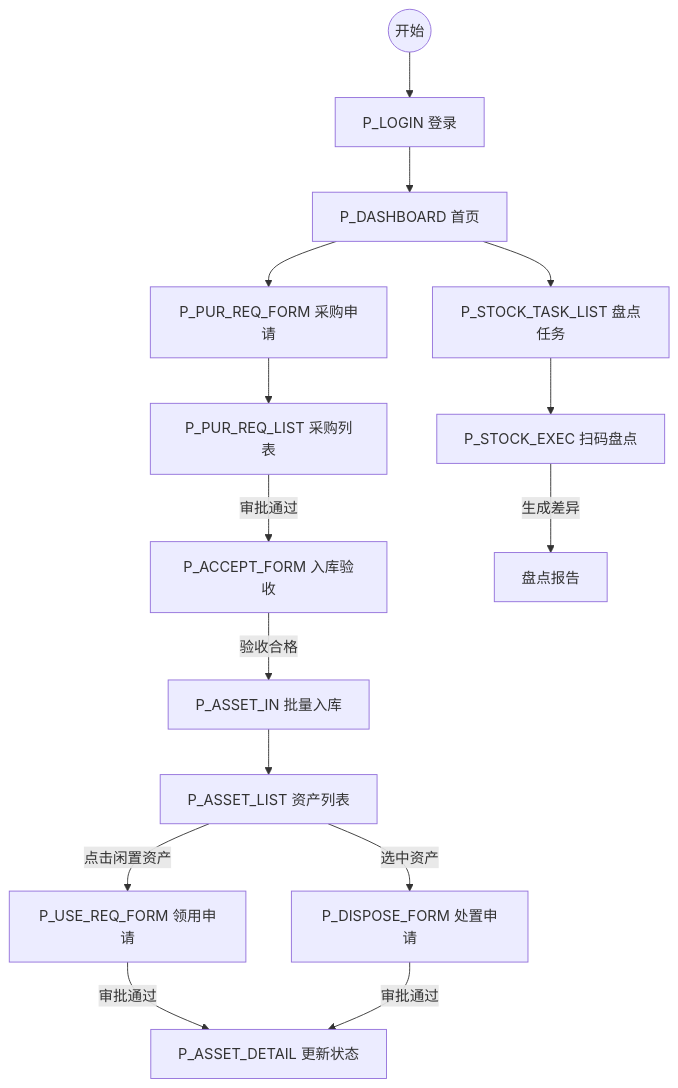
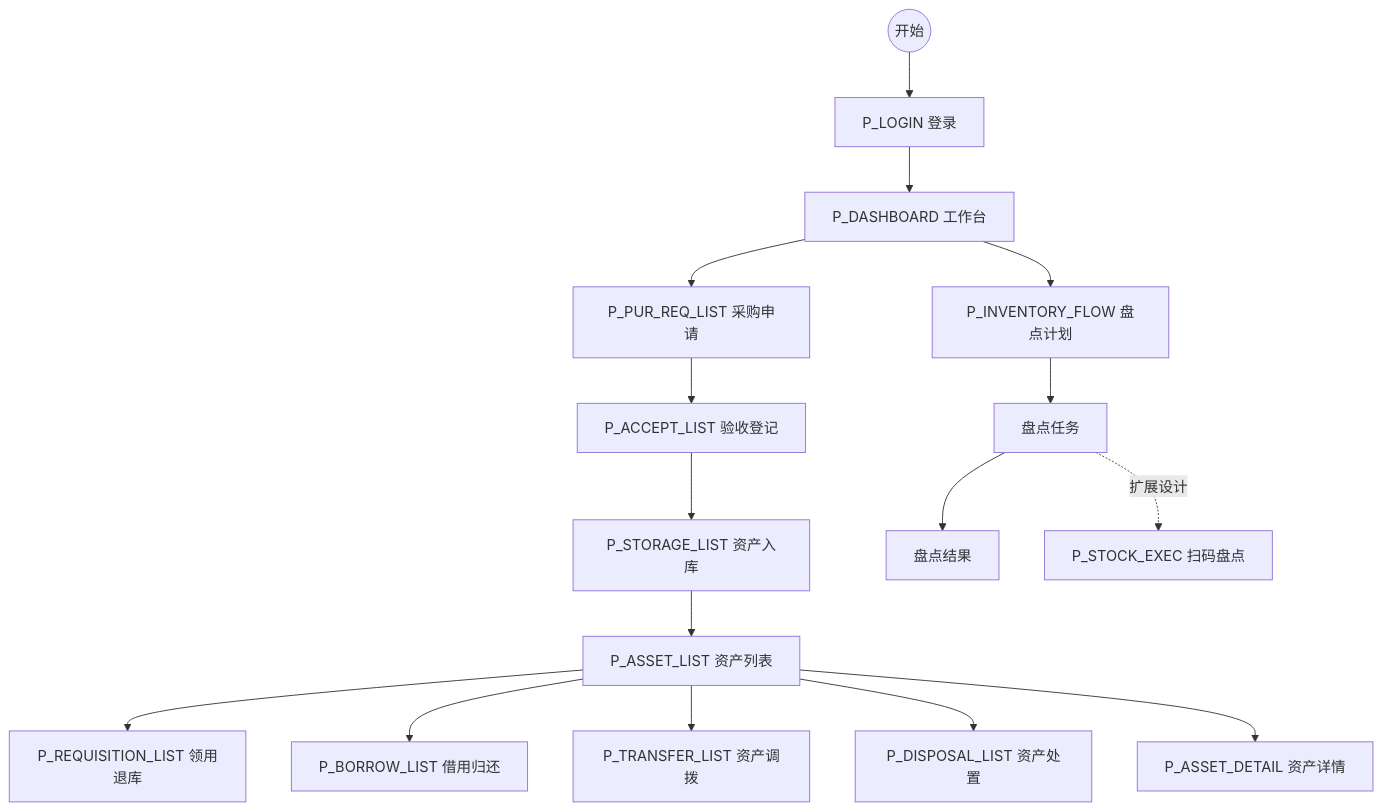
One commit to novemberfive/herp changed the diagram in plan/ux/界面规格说明书.md. Above: the diagram before and after it, drawn with Mermaid. The commit also changed other lines of this file and 90 other files, not shown here.

````diff
--- a/plan/ux/界面规格说明书.md
+++ b/plan/ux/界面规格说明书.md
@@ -70,25 +86,21 @@
 ```mermaid
 graph TD
-    Start((开始)) --> Login[P_LOGIN 登录]
-    Login --> Dashboard[P_DASHBOARD 首页]
-    
-    %% 资产入库流程
-    Dashboard --> PurReq[P_PUR_REQ_FORM 采购申请]
-    PurReq --> PurList[P_PUR_REQ_LIST 采购列表]
-    PurList -- 审批通过 --> Accept[P_ACCEPT_FORM 入库验收]
-    Accept -- 验收合格 --> AssetIn[P_ASSET_IN 批量入库]
-    AssetIn --> AssetList[P_ASSET_LIST 资产列表]
-    
-    %% 日常领用流程
-    AssetList -- 点击闲置资产 --> UseReq[P_USE_REQ_FORM 领用申请]
-    UseReq -- 审批通过 --> AssetDetail[P_ASSET_DETAIL 更新状态]
-    
-    %% 盘点流程
-    Dashboard --> StockTask[P_STOCK_TASK_LIST 盘点任务]
-    StockTask --> StockExec[P_STOCK_EXEC 扫码盘点]
-    StockExec -- 生成差异 --> StockReport[盘点报告]
-    
-    %% 处置流程
-    AssetList -- 选中资产 --> Dispose[P_DISPOSE_FORM 处置申请]
-    Dispose -- 审批通过 --> AssetDetail
+    Start((开始)) --> Login["P_LOGIN 登录"]
+    Login --> Dashboard["P_DASHBOARD 工作台"]
+
+    Dashboard --> Purchase["P_PUR_REQ_LIST 采购申请"]
+    Purchase --> Acceptance["P_ACCEPT_LIST 验收登记"]
+    Acceptance --> Storage["P_STORAGE_LIST 资产入库"]
+    Storage --> AssetList["P_ASSET_LIST 资产列表"]
+
+    AssetList --> Requisition["P_REQUISITION_LIST 领用退库"]
+    AssetList --> Borrow["P_BORROW_LIST 借用归还"]
+    AssetList --> Transfer["P_TRANSFER_LIST 资产调拨"]
+    AssetList --> Disposal["P_DISPOSAL_LIST 资产处置"]
+    AssetList --> AssetDetail["P_ASSET_DETAIL 资产详情"]
+
+    Dashboard --> InventoryPlan["P_INVENTORY_FLOW 盘点计划"]
+    InventoryPlan --> InventoryTask["盘点任务"]
+    InventoryTask --> InventoryResult["盘点结果"]
+    InventoryTask -. 扩展设计 .-> StockExec["P_STOCK_EXEC 扫码盘点"]
 ```
````
